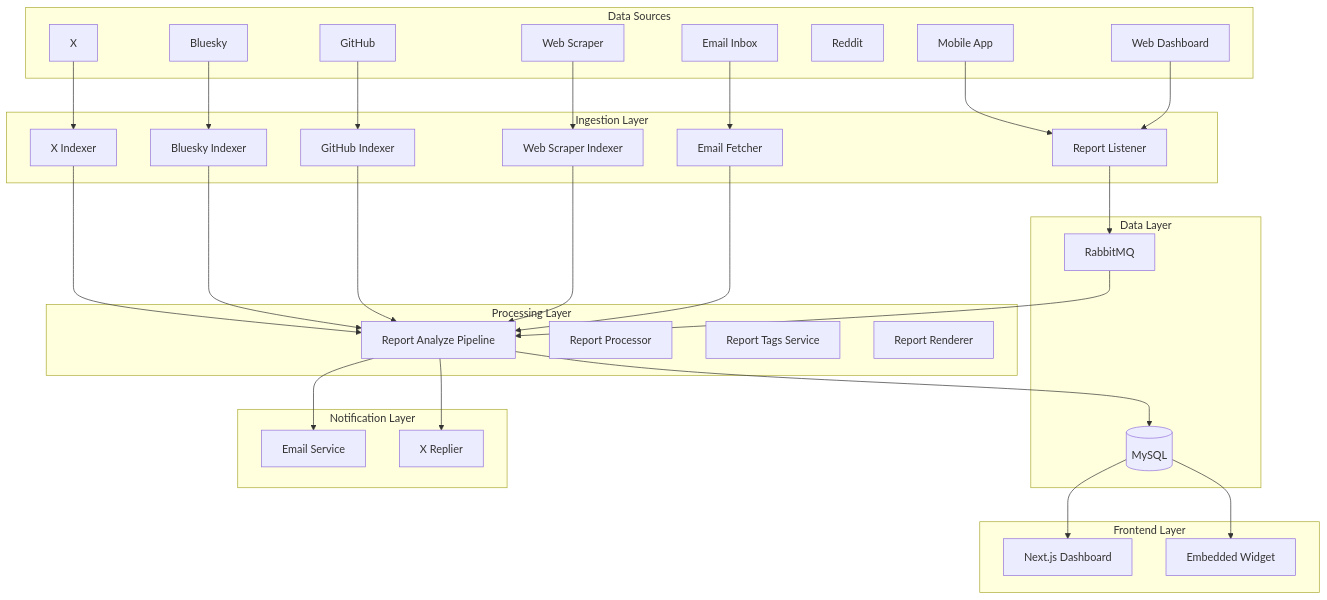
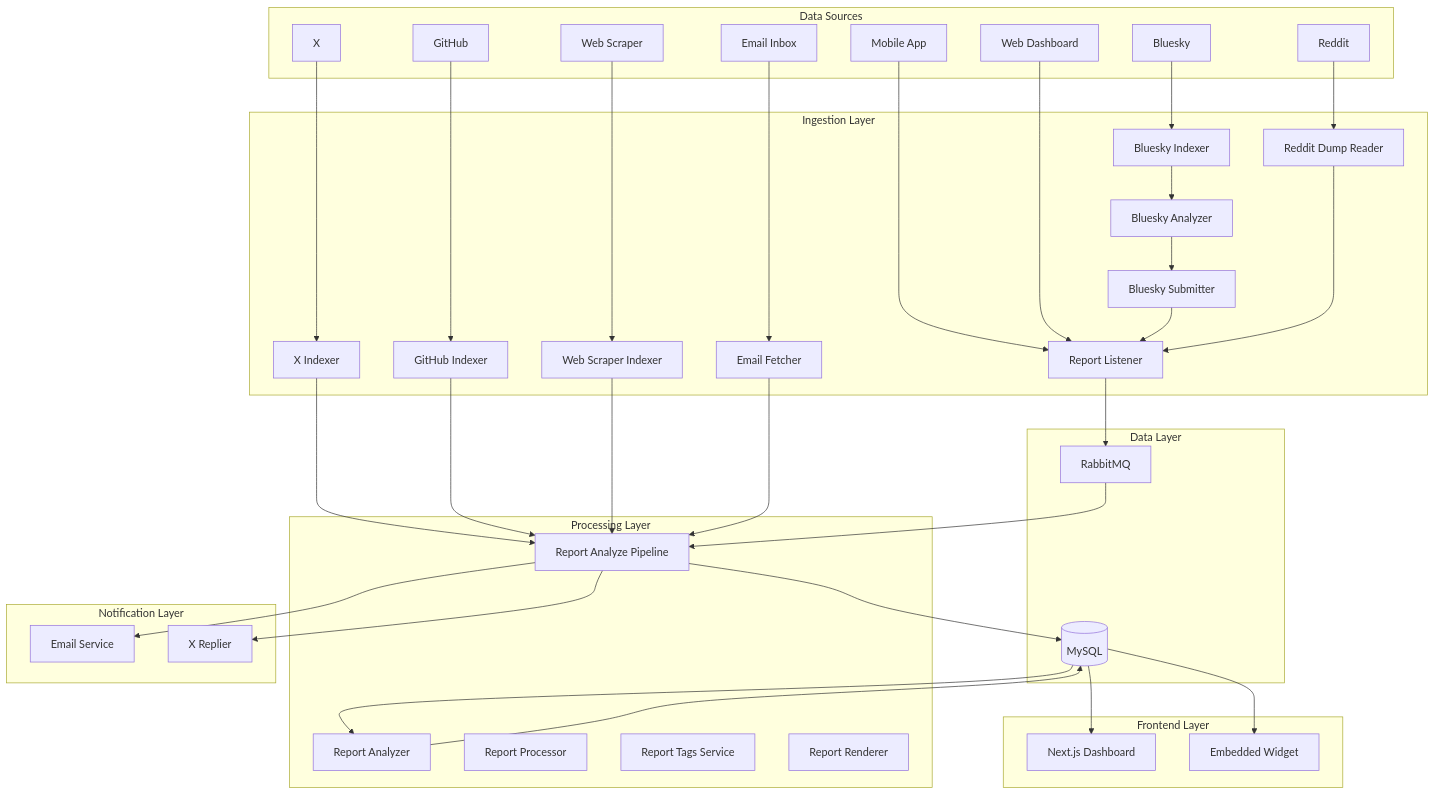
Before and after one commit to cleanappio/cleanapp_back_end_v2: the diagram in ARCHITECTURE.md, drawn with Mermaid.

Commit message:
docs: update architecture diagram with complete Reddit and Bluesky flows
- Added Reddit → Reddit Dump Reader → Report Listener flow
- Added Bluesky Indexer → Bluesky Analyzer → Bluesky Submitter → Report Listener flow
- Added Report Analyzer in Processing Layer (DB ↔ RA for AI enrichment)
- Added section comments for clarity

````diff
--- a/ARCHITECTURE.md
+++ b/ARCHITECTURE.md
@@ -23,13 +23,17 @@
         RL[Report Listener]
         XI[X Indexer]
         BI[Bluesky Indexer]
+        BA[Bluesky Analyzer]
+        BSU[Bluesky Submitter]
         GHI[GitHub Indexer]
+        RDR[Reddit Dump Reader]
         WSI[Web Scraper Indexer]
         EF[Email Fetcher]
     end
     
     subgraph "Processing Layer"
         RAP[Report Analyze Pipeline]
+        RA[Report Analyzer]
         RP[Report Processor]
         RTS[Report Tags Service]
         RRS[Report Renderer]
@@ -50,26 +54,43 @@
         EMBED[Embedded Widget]
     end
     
+    %% Direct app/web submissions
     APP --> RL
     WEB --> RL
+    
+    %% Social media indexing flows
     XSRC --> XI
     BS --> BI
+    BI --> BA
+    BA --> BSU
+    BSU --> RL
+    
     GH --> GHI
     WEBSCRAPE --> WSI
     EMAIL --> EF
     
+    %% Reddit bulk ingestion flow
+    REDDIT --> RDR
+    RDR --> RL
+    
+    %% Ingestion to processing
     XI --> RAP
-    BI --> RAP
     GHI --> RAP
     WSI --> RAP
     EF --> RAP
     RL --> RMQ
     RMQ --> RAP
     
+    %% Report analyzer for AI enrichment of bulk-ingested reports
+    DB --> RA
+    RA --> DB
+    
+    %% Processing to storage
     RAP --> DB
     RAP --> ES
     RAP --> XR
     
+    %% Frontend reads from DB
     DB --> FE
     DB --> EMBED
 ```
````
